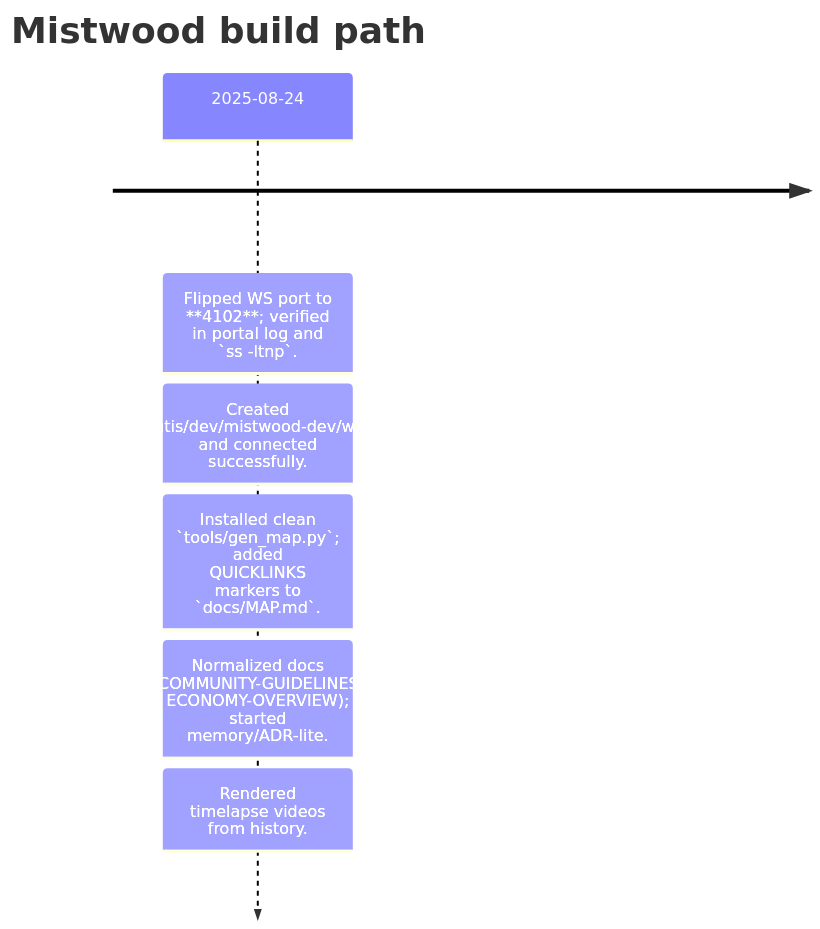
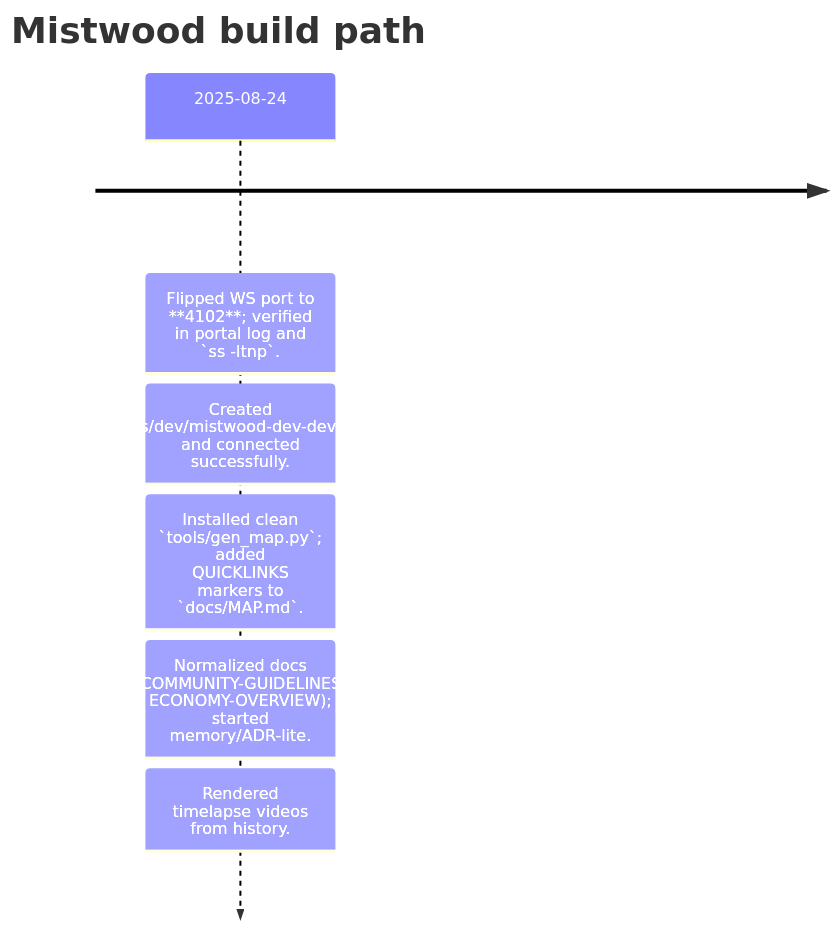
Before and after one commit to Sepulther1/mistwood: the first of 2 diagrams in docs/TIMELINE.md, drawn with Mermaid. The commit also changed other lines of this file and 70 other files, not shown here.

````diff
--- a/docs/TIMELINE.md
+++ b/docs/TIMELINE.md
@@ -3,9 +3,9 @@
 ```mermaid
 timeline
   title Mistwood build path
   2025-08-24 : Flipped WS port to **4102**; verified in portal log and `ss -ltnp`.
-  : Created `/home/atlantis/dev/mistwood-dev/ws_smoke.py` and connected successfully.
+  : Created `/home/atlantis/dev/mistwood-dev-dev/ws_smoke.py` and connected successfully.
   : Installed clean `tools/gen_map.py`; added QUICKLINKS markers to `docs/MAP.md`.
   : Normalized docs (COMMUNITY-GUIDELINES, ECONOMY-OVERVIEW); started memory/ADR-lite.
   : Rendered timelapse videos from history.
 ```
````
